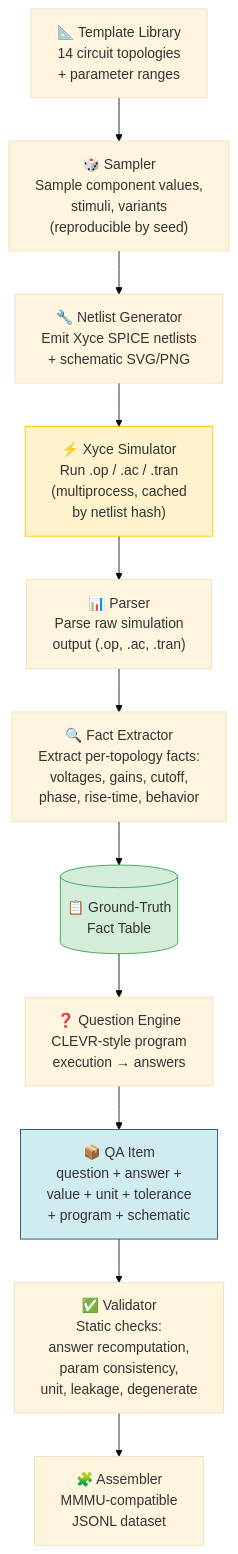
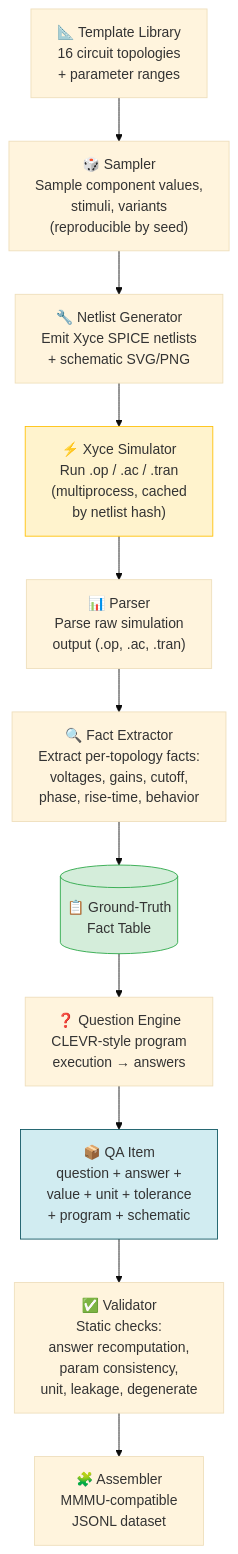
The diagram in README.md (xiechao06/electronics-qa-generator), drawn with Mermaid (base theme) before and after one commit. The commit also changed other lines of this file and 18 other files, not shown here.

Commit message:
Enrich from Schaum's: add dc_multisource_mesh and op_amp_inv_input_fb topologies (16 topologies, 67 QA/seed)

````diff
--- a/README.md
+++ b/README.md
@@ -131,17 +131,17 @@
 ```mermaid
 flowchart TD
-    T["📐 Template Library<br/>14 circuit topologies<br/>+ parameter ranges"] --> S["🎲 Sampler<br/>Sample component values,<br/>stimuli, variants<br/>(reproducible by seed)"]
+    T["📐 Template Library<br/>16 circuit topologies<br/>+ parameter ranges"] --> S["🎲 Sampler<br/>Sample component values,<br/>stimuli, variants<br/>(reproducible by seed)"]
     S --> N["🔧 Netlist Generator<br/>Emit Xyce SPICE netlists<br/>+ schematic SVG/PNG"]
     N --> X["⚡ Xyce Simulator<br/>Run .op / .ac / .tran<br/>(multiprocess, cached<br/>by netlist hash)"]
     X --> P["📊 Parser<br/>Parse raw simulation<br/>output (.op, .ac, .tran)"]
     P --> F["🔍 Fact Extractor<br/>Extract per-topology facts:<br/>voltages, gains, cutoff,<br/>phase, rise-time, behavior"]
     F --> FT[("📋 Ground-Truth<br/>Fact Table")]
     FT --> QE["❓ Question Engine<br/>CLEVR-style program<br/>execution → answers"]
     QE --> QA["📦 QA Item<br/>question + answer +<br/>value + unit + tolerance<br/>+ program + schematic"]
     QA --> V["✅ Validator<br/>Static checks:<br/>answer recomputation,<br/>param consistency,<br/>unit, leakage, degenerate"]
     V --> A["🧩 Assembler<br/>MMMU-compatible<br/>JSONL dataset"]
 
     style X fill:#fff3cd,stroke:#ffc107
     style FT fill:#d4edda,stroke:#28a745
     style QA fill:#d1ecf1,stroke:#0c5460
 ```
````
